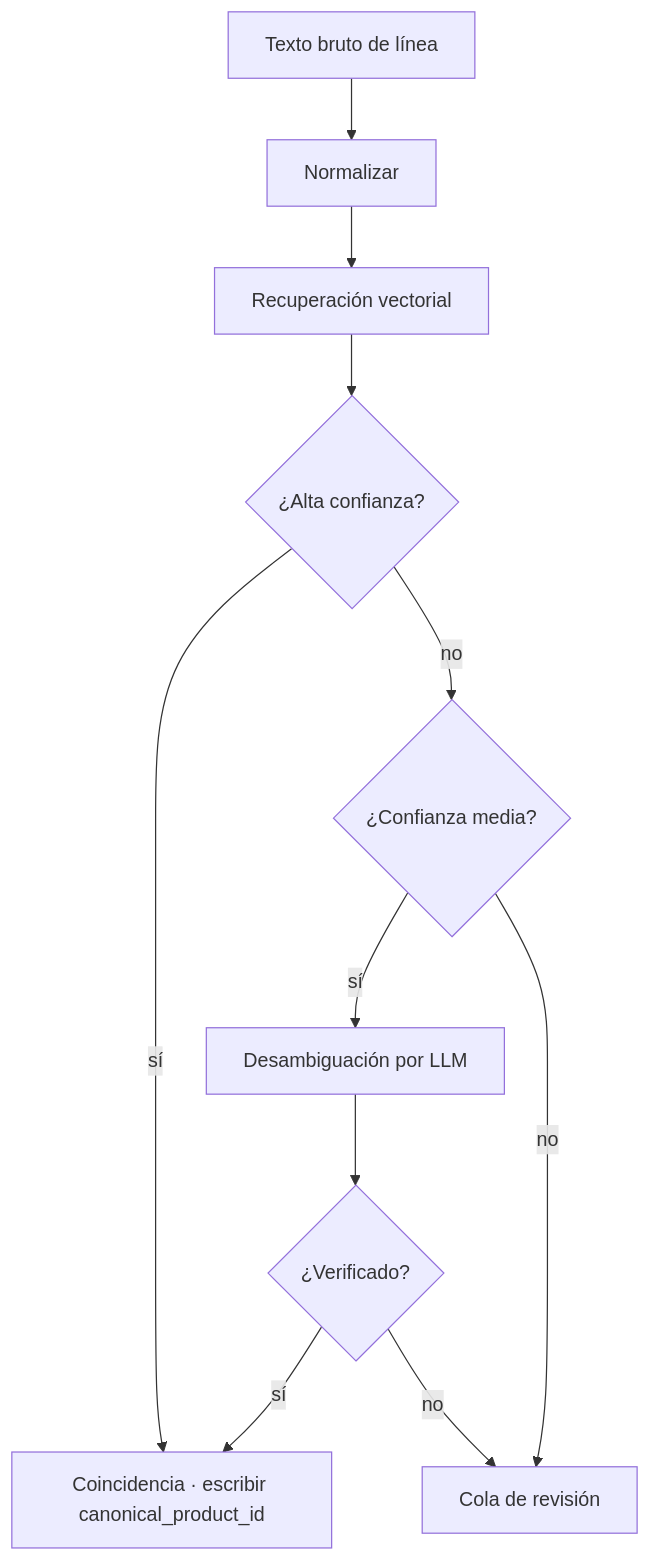
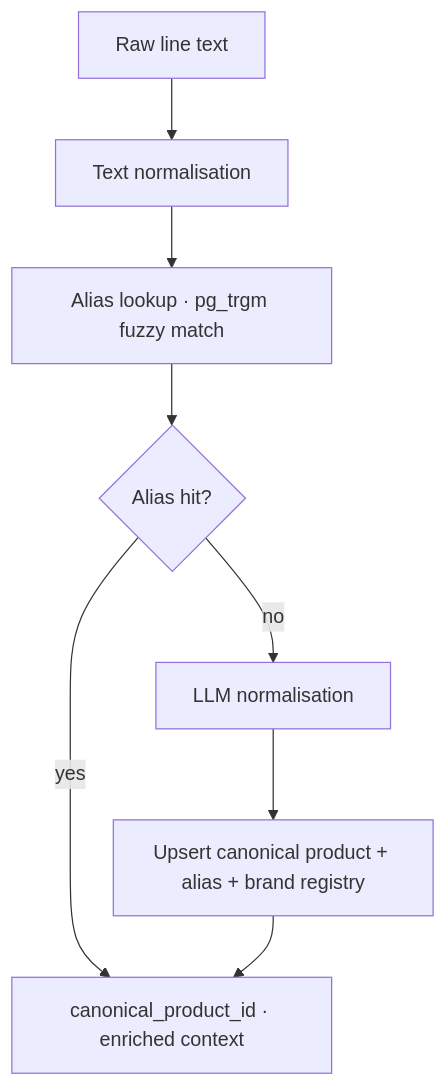
One commit to Yumo-Yumo-Inc/yumoyumohq changed the diagram in content/technical-paper/es/02-receipt-pipeline/06-canonical.md. Above: the diagram before and after it, drawn with Mermaid. The commit also changed other lines of this file and 1048 other files, not shown here.

````diff
--- a/content/technical-paper/es/02-receipt-pipeline/06-canonical.md
+++ b/content/technical-paper/es/02-receipt-pipeline/06-canonical.md
@@ -18,13 +20,10 @@
 ```mermaid
 flowchart TD
-    A["Texto bruto de línea"] --> B["Normalizar"]
-    B --> C["Recuperación vectorial"]
-    C --> D{"¿Alta confianza?"}
-    D -- sí --> E["Coincidencia · escribir canonical_product_id"]
-    D -- no --> F{"¿Confianza media?"}
-    F -- sí --> G["Desambiguación por LLM"]
-    F -- no --> H["Cola de revisión"]
-    G --> I{"¿Verificado?"}
-    I -- sí --> E
-    I -- no --> H
+    A[Raw line text] --> B[Text normalisation]
+    B --> C[Alias lookup · pg_trgm fuzzy match]
+    C --> D{Alias hit?}
+    D -- yes --> E[canonical_product_id · enriched context]
+    D -- no --> F[LLM normalisation]
+    F --> G[Upsert canonical product + alias + brand registry]
+    G --> E
 ```
````
